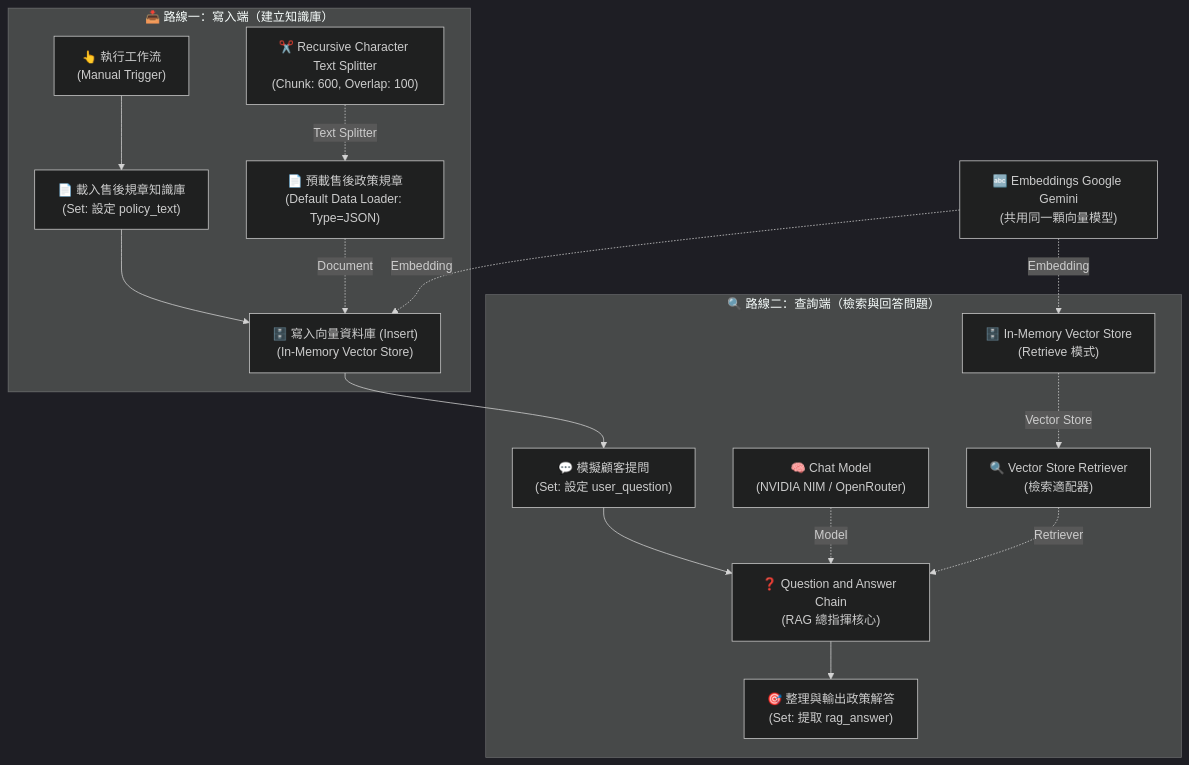
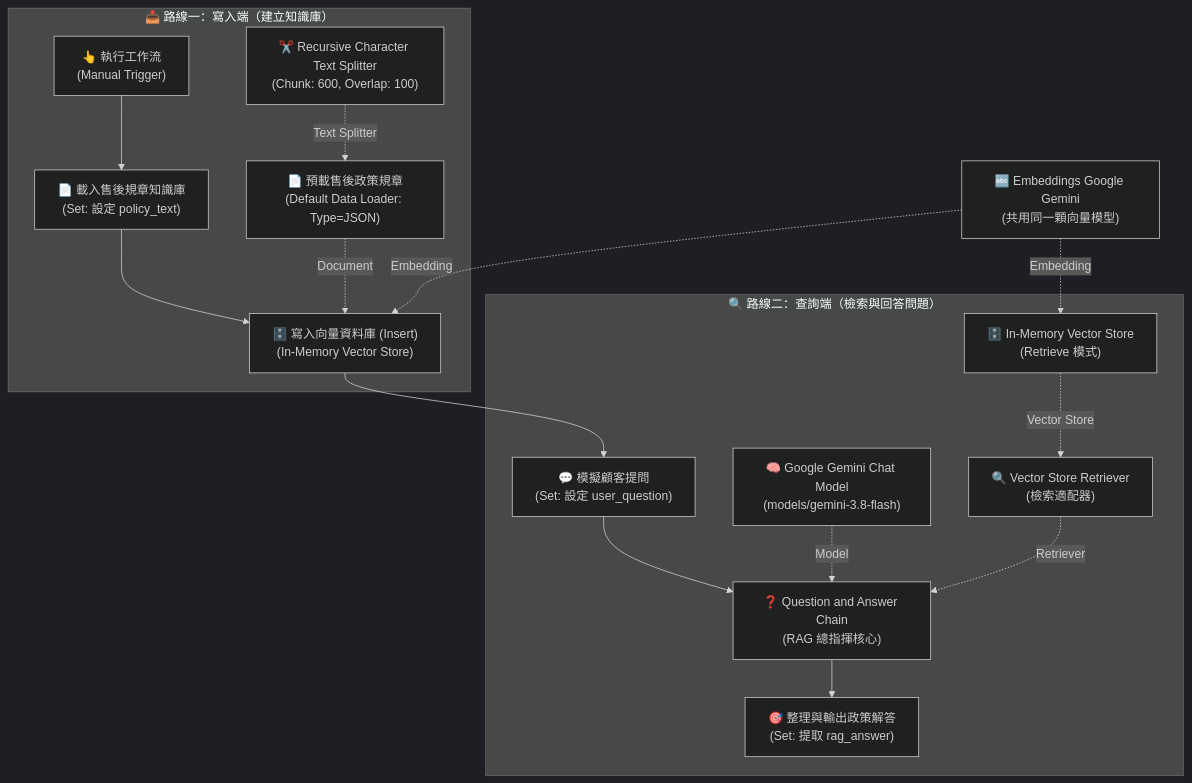
Before and after one commit to roberthsu2003/n8n: the diagram in AI_Agent/階段一_基礎專用AI節點/Question_and_Answer_Chain/README.md, drawn with Mermaid (dark theme). The commit also changed other lines of this file and 2 other files, not shown here.

````diff
--- a/AI_Agent/階段一_基礎專用AI節點/Question_and_Answer_Chain/README.md
+++ b/AI_Agent/階段一_基礎專用AI節點/Question_and_Answer_Chain/README.md
@@ -32,23 +32,23 @@
 ```mermaid
 flowchart TD
     subgraph Write_Pipeline ["📥 路線一：寫入端（建立知識庫）"]
         Trigger["👆 執行工作流<br/>(Manual Trigger)"] --> LoadDoc["📄 載入售後規章知識庫<br/>(Set: 設定 policy_text)"]
         LoadDoc --> InsertVS["🗄️ 寫入向量資料庫 (Insert)<br/>(In-Memory Vector Store)"]
         
         DocLoader["📄 預載售後政策規章<br/>(Default Data Loader: Type=JSON)"] -.->|Document| InsertVS
         Splitter["✂️ Recursive Character Text Splitter<br/>(Chunk: 600, Overlap: 100)"] -.->|Text Splitter| DocLoader
     end
 
     subgraph Read_Pipeline ["🔍 路線二：查詢端（檢索與回答問題）"]
         InsertVS --> Question["💬 模擬顧客提問<br/>(Set: 設定 user_question)"]
         Question --> QAChain["❓ Question and Answer Chain<br/>(RAG 總指揮核心)"]
         QAChain --> Answer["🎯 整理與輸出政策解答<br/>(Set: 提取 rag_answer)"]
         
-        ChatModel["🧠 Chat Model<br/>(NVIDIA NIM / OpenRouter)"] -.->|Model| QAChain
+        ChatModel["🧠 Google Gemini Chat Model<br/>(models/gemini-3.8-flash)"] -.->|Model| QAChain
         Retriever["🔍 Vector Store Retriever<br/>(檢索適配器)"] -.->|Retriever| QAChain
         RetrieveVS["🗄️ In-Memory Vector Store<br/>(Retrieve 模式)"] -.->|Vector Store| Retriever
     end
 
     SharedEmbed["🔤 Embeddings Google Gemini<br/>(共用同一顆向量模型)"] -.->|Embedding| InsertVS
     SharedEmbed -.->|Embedding| RetrieveVS
 ```
````
